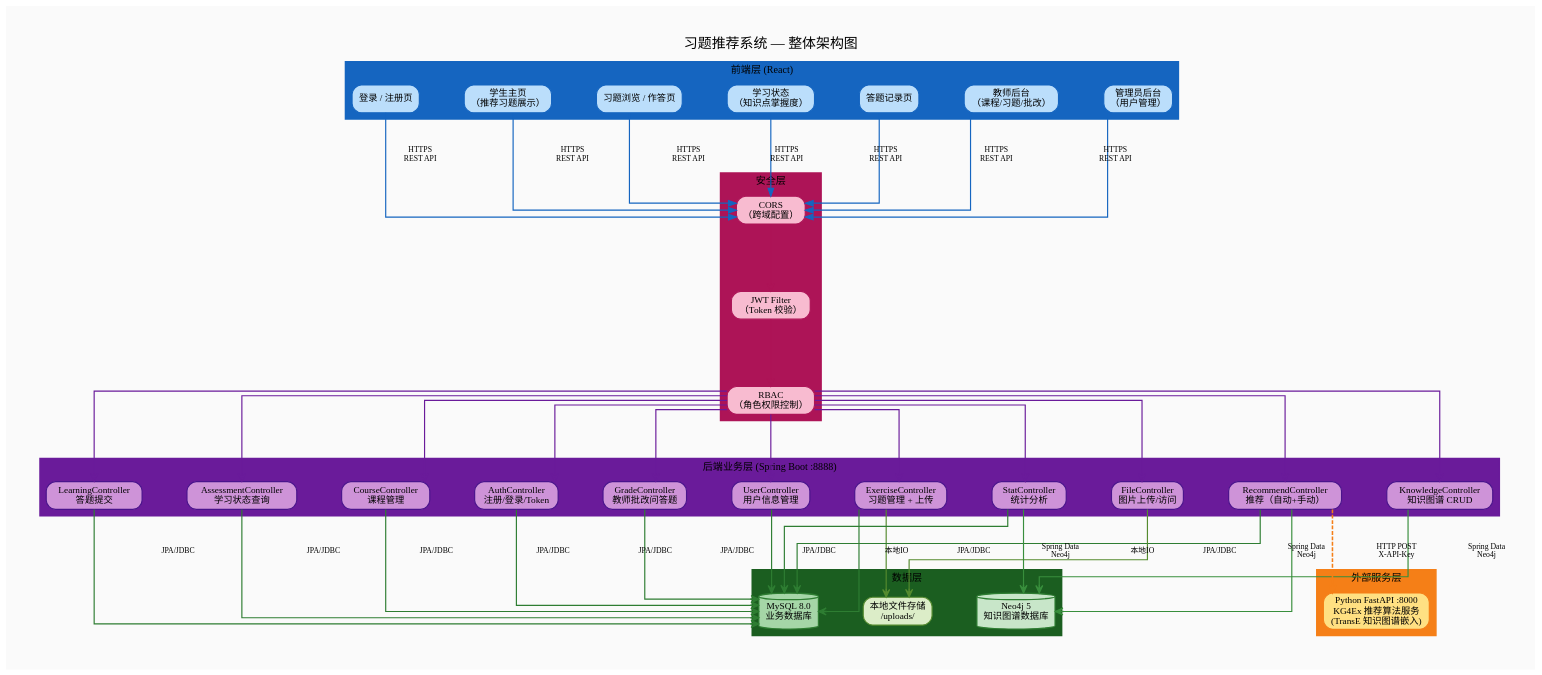
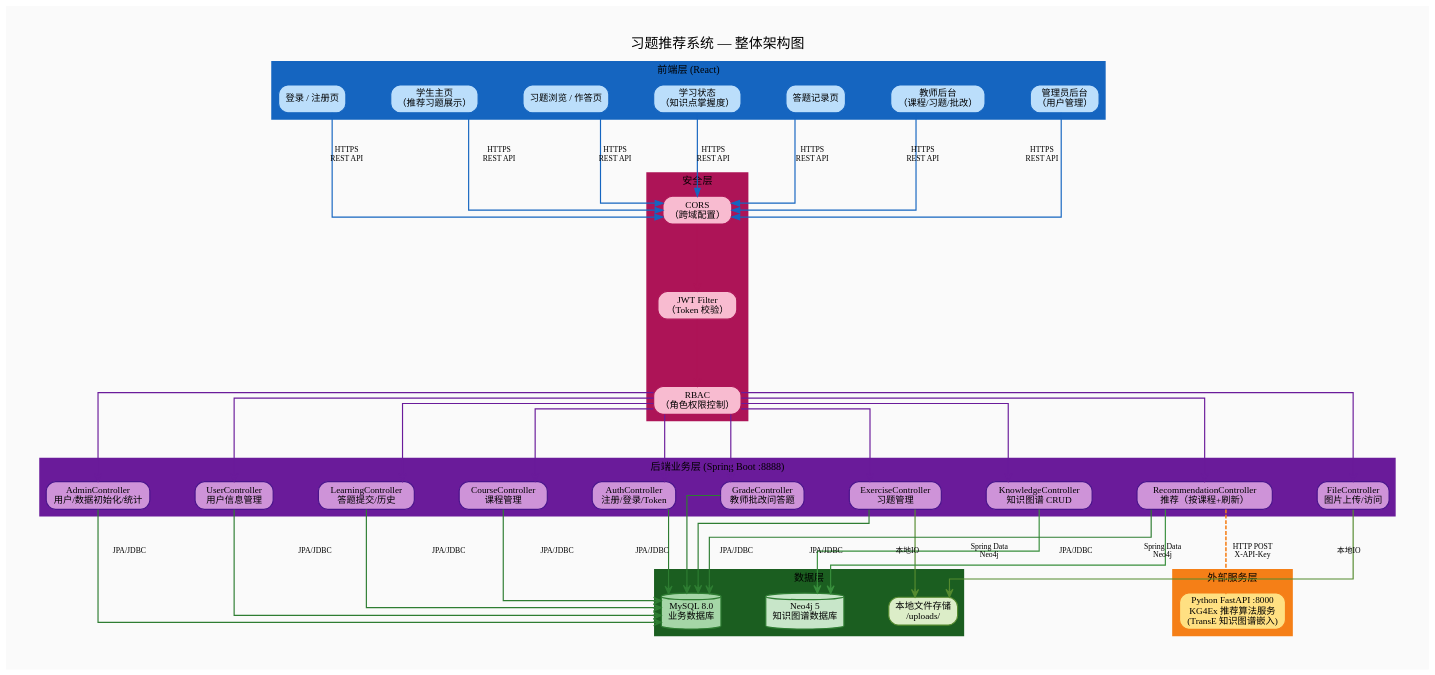
Before and after one commit to Efasfdasd452/reco_sys_ui: the diagram in docs/architecture.dot, drawn with Graphviz. The commit also changed 30 other files, not shown here.

```diff
--- a/docs/architecture.dot
+++ b/docs/architecture.dot
@@ -1,181 +1,177 @@
 digraph Architecture {
 
     graph [
         label       = "习题推荐系统 — 整体架构图"
         labelloc    = t
         fontname    = "Microsoft YaHei"
         fontsize    = 18
         rankdir     = TB
         splines     = ortho
         nodesep     = 0.8
         ranksep     = 1.2
         bgcolor     = "#FAFAFA"
         pad         = 0.5
     ]
     node [fontname="Microsoft YaHei" fontsize=12]
     edge [fontname="Microsoft YaHei" fontsize=10]
 
     // ─────────────────────────────────────────────────────────────
     // 前端层
     // ─────────────────────────────────────────────────────────────
     subgraph cluster_frontend {
         label     = "前端层 (React)"
         style     = filled
         bgcolor   = "#E3F2FD"
         color     = "#1565C0"
         penwidth  = 2
         fontsize  = 13
         fontname  = "Microsoft YaHei"
 
         node [shape=box style="filled,rounded" fillcolor="#BBDEFB" color="#1565C0" penwidth=1.5]
 
         fe_auth   [label="登录 / 注册页"]
         fe_home   [label="学生主页\n（推荐习题展示）"]
         fe_ex     [label="习题浏览 / 作答页"]
         fe_state  [label="学习状态\n（知识点掌握度）"]
         fe_hist   [label="答题记录页"]
         fe_teacher [label="教师后台\n（课程/习题/批改）"]
         fe_admin  [label="管理员后台\n（用户管理）"]
     }
 
     // ─────────────────────────────────────────────────────────────
     // 网关 / 安全层
     // ─────────────────────────────────────────────────────────────
     subgraph cluster_gateway {
         label     = "安全层"
         style     = filled
         bgcolor   = "#FCE4EC"
         color     = "#AD1457"
         penwidth  = 2
         fontsize  = 13
         fontname  = "Microsoft YaHei"
 
         node [shape=box style="filled,rounded" fillcolor="#F8BBD0" color="#AD1457" penwidth=1.5]
 
         gw_jwt    [label="JWT Filter\n（Token 校验）"]
         gw_rbac   [label="RBAC\n（角色权限控制）"]
         gw_cors   [label="CORS\n（跨域配置）"]
     }
 
     // ─────────────────────────────────────────────────────────────
     // 后端业务层（Spring Boot）
     // ─────────────────────────────────────────────────────────────
     subgraph cluster_backend {
         label     = "后端业务层 (Spring Boot :8888)"
         style     = filled
         bgcolor   = "#F3E5F5"
         color     = "#6A1B9A"
         penwidth  = 2
         fontsize  = 13
         fontname  = "Microsoft YaHei"
 
         node [shape=box style="filled,rounded" fillcolor="#CE93D8" color="#4A148C" penwidth=1.5]
 
         be_auth    [label="AuthController\n注册/登录/Token"]
         be_user    [label="UserController\n用户信息管理"]
         be_course  [label="CourseController\n课程管理"]
         be_know    [label="KnowledgeController\n知识图谱 CRUD"]
-        be_ex      [label="ExerciseController\n习题管理 + 上传"]
-        be_learn   [label="LearningController\n答题提交"]
-        be_assess  [label="AssessmentController\n学习状态查询"]
-        be_rec     [label="RecommendController\n推荐（自动+手动）"]
+        be_ex      [label="ExerciseController\n习题管理"]
+        be_learn   [label="LearningController\n答题提交/历史"]
+        be_rec     [label="RecommendationController\n推荐（按课程+刷新）"]
         be_grade   [label="GradeController\n教师批改问答题"]
         be_file    [label="FileController\n图片上传/访问"]
-        be_stat    [label="StatController\n统计分析"]
+        be_admin   [label="AdminController\n用户/数据初始化/统计"]
     }
 
     // ─────────────────────────────────────────────────────────────
     // 数据层
     // ─────────────────────────────────────────────────────────────
     subgraph cluster_data {
         label     = "数据层"
         style     = filled
         bgcolor   = "#E8F5E9"
         color     = "#1B5E20"
         penwidth  = 2
         fontsize  = 13
         fontname  = "Microsoft YaHei"
 
         node [shape=cylinder style=filled penwidth=1.5]
 
         db_mysql [label="MySQL 8.0\n业务数据库" fillcolor="#A5D6A7" color="#2E7D32"]
         db_neo4j [label="Neo4j 5\n知识图谱数据库" fillcolor="#C8E6C9" color="#2E7D32"]
         db_file  [label="本地文件存储\n/uploads/" shape=box style="filled,rounded" fillcolor="#DCEDC8" color="#558B2F"]
     }
 
     // ─────────────────────────────────────────────────────────────
     // 外部服务层
     // ─────────────────────────────────────────────────────────────
     subgraph cluster_external {
         label     = "外部服务层"
         style     = filled
         bgcolor   = "#FFF8E1"
         color     = "#F57F17"
         penwidth  = 2
         fontsize  = 13
         fontname  = "Microsoft YaHei"
 
         node [shape=box style="filled,rounded" penwidth=1.5]
 
         ext_py [label="Python FastAPI :8000\nKG4Ex 推荐算法服务\n(TransE 知识图谱嵌入)" fillcolor="#FFE082" color="#F57F17"]
     }
 
     // ─────────────────────────────────────────────────────────────
     // 连接关系
     // ─────────────────────────────────────────────────────────────
 
     // 前端 → 安全层
     edge [color="#1565C0" penwidth=1.5 label="HTTPS\nREST API"]
     fe_auth    -> gw_cors
     fe_home    -> gw_cors
     fe_ex      -> gw_cors
     fe_state   -> gw_cors
     fe_hist    -> gw_cors
     fe_teacher -> gw_cors
     fe_admin   -> gw_cors
 
     // 安全层内部
     edge [color="#AD1457" penwidth=1.5 label="" arrowhead=vee]
     gw_cors -> gw_jwt -> gw_rbac
 
     // 安全层 → 后端控制器
     edge [color="#6A1B9A" penwidth=1.5 label=""]
     gw_rbac -> be_auth
     gw_rbac -> be_user
     gw_rbac -> be_course
     gw_rbac -> be_know
     gw_rbac -> be_ex
     gw_rbac -> be_learn
-    gw_rbac -> be_assess
     gw_rbac -> be_rec
     gw_rbac -> be_grade
     gw_rbac -> be_file
-    gw_rbac -> be_stat
+    gw_rbac -> be_admin
 
     // 后端 → MySQL
     edge [color="#2E7D32" penwidth=1.5 label="JPA/JDBC"]
     be_auth   -> db_mysql
     be_user   -> db_mysql
     be_course -> db_mysql
     be_ex     -> db_mysql
     be_learn  -> db_mysql
-    be_assess -> db_mysql
     be_rec    -> db_mysql
     be_grade  -> db_mysql
-    be_stat   -> db_mysql
+    be_admin  -> db_mysql
 
     // 后端 → Neo4j
     edge [color="#388E3C" penwidth=1.5 label="Spring Data\nNeo4j"]
     be_know -> db_neo4j
     be_rec  -> db_neo4j
-    be_stat -> db_neo4j
 
     // 后端 → 文件存储
     edge [color="#558B2F" penwidth=1.5 label="本地IO"]
     be_file -> db_file
     be_ex   -> db_file
 
     // 后端 → Python 推荐服务
     edge [color="#F57F17" penwidth=2 label="HTTP POST\nX-API-Key" style=dashed]
     be_rec -> ext_py
 }
```
